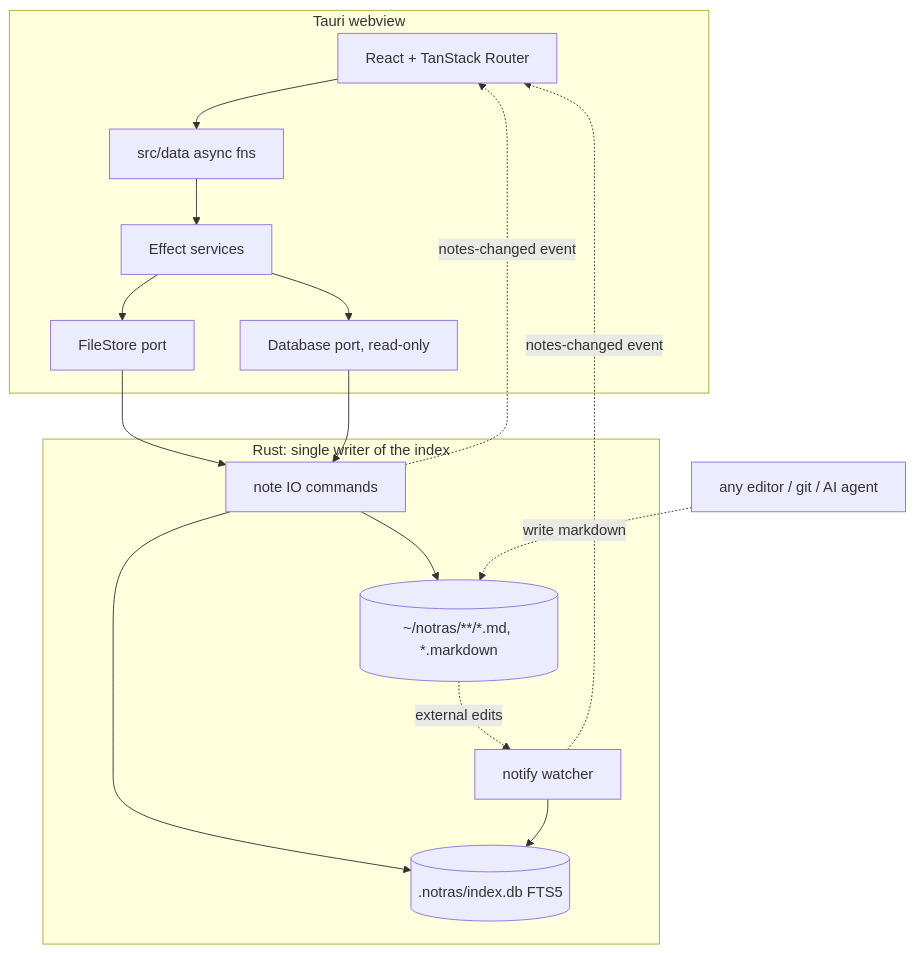
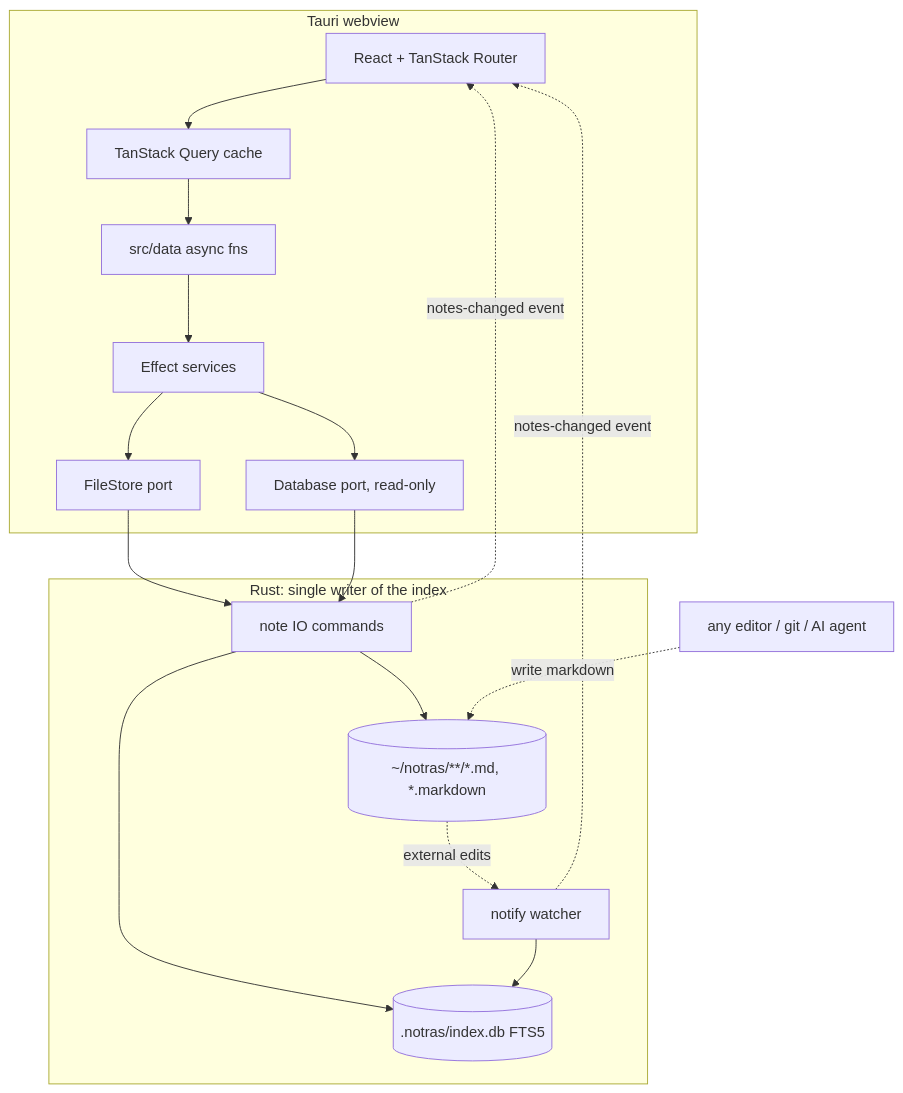
Before and after one commit to jimmy-guzman/notras: the diagram in ARCHITECTURE.md, drawn with Mermaid. The commit also changed other lines of this file and 19 other files, not shown here.

````diff
--- a/ARCHITECTURE.md
+++ b/ARCHITECTURE.md
@@ -24,22 +24,23 @@
 ```mermaid
 flowchart TD
     subgraph webview [Tauri webview]
-        UI[React + TanStack Router] --> Data[src/data async fns]
+        UI[React + TanStack Router] --> Query[TanStack Query cache]
+        Query --> Data[src/data async fns]
         Data --> Services[Effect services]
         Services --> FileStore[FileStore port]
         Services --> Index[Database port, read-only]
     end
 
     subgraph rust [Rust: single writer of the index]
         Commands[note IO commands] --> Files[(~/notras/**/*.md, *.markdown)]
         Commands --> IndexDb[(.notras/index.db FTS5)]
         Watcher[notify watcher] --> IndexDb
         Files -.external edits.-> Watcher
     end
 
     FileStore --> Commands
     Index --> Commands
     Agents[any editor / git / AI agent] -.write markdown.-> Files
     Commands -. notes-changed event .-> UI
     Watcher -. notes-changed event .-> UI
 ```
````
